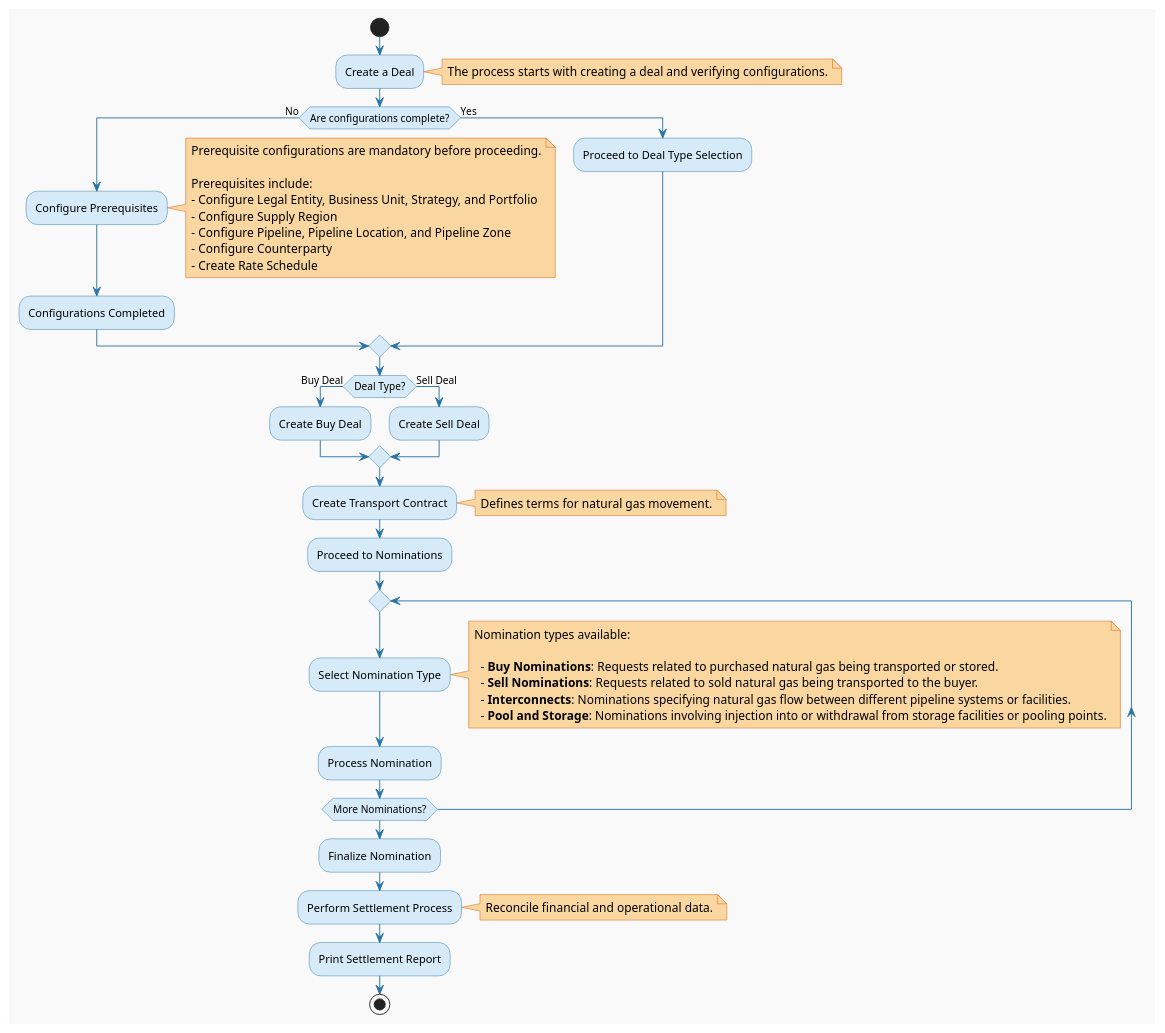
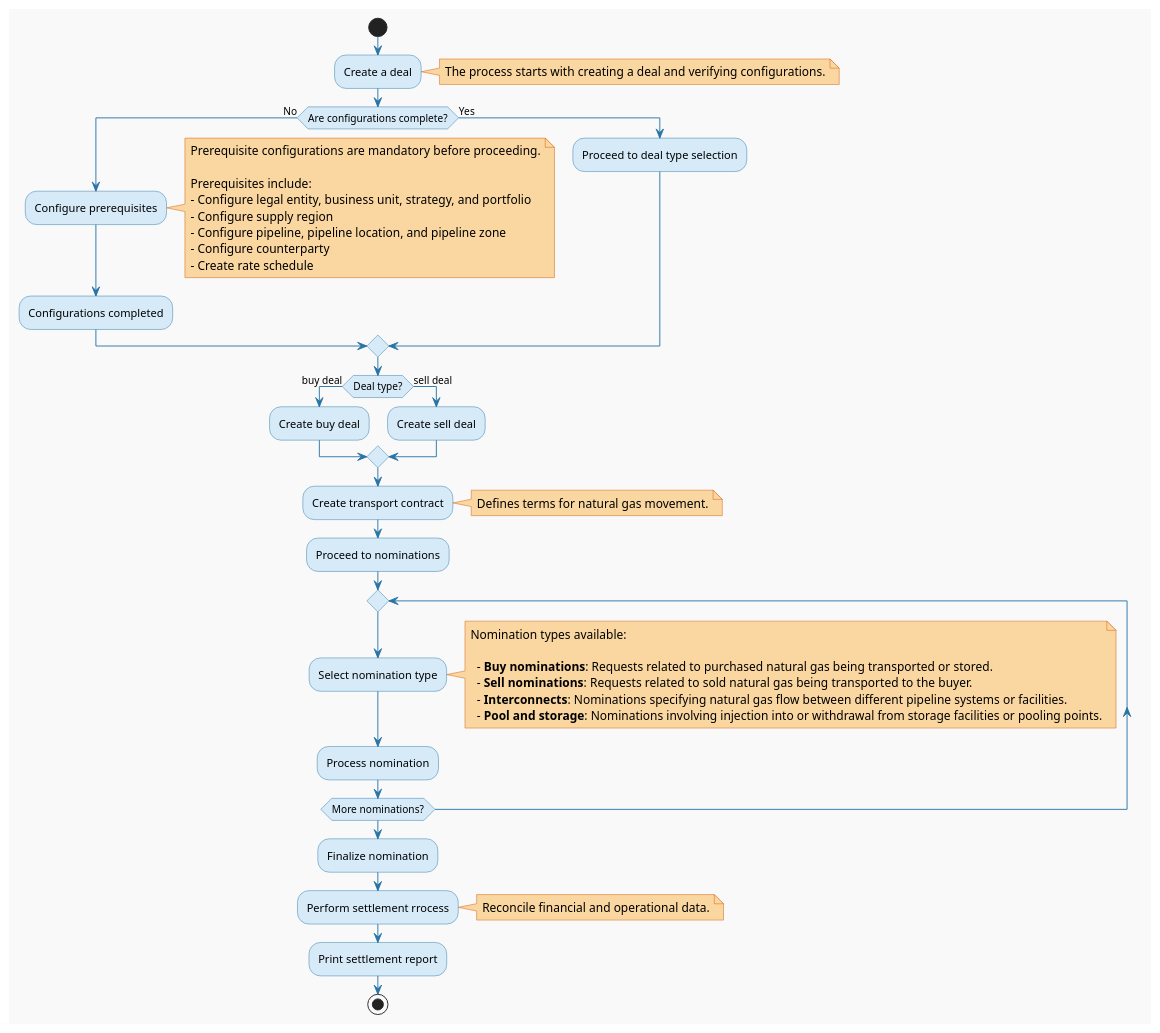
One commit to sarahjones123/nGenue_docs changed the diagram in docs/etrm/index.md. Above: the diagram before and after it, drawn with PlantUML. The commit also changed other lines of this file and 58 other files, not shown here.

````diff
--- a/docs/etrm/index.md
+++ b/docs/etrm/index.md
@@ -96,72 +96,72 @@
 ```puml
 
 @startuml
 
 skinparam backgroundColor #F9F9F9
 skinparam activityBackgroundColor #D6EAF8
 skinparam activityBorderColor #2874A6
 skinparam arrowColor #2874A6
 skinparam noteBackgroundColor #FAD7A0
 skinparam noteBorderColor #D35400
 
 start
 
-:Create a Deal;
+:Create a deal;
 note right
 The process starts with creating a deal and verifying configurations.
 end note
 
 if (Are configurations complete?) then (No)
-  :Configure Prerequisites;
+  :Configure prerequisites;
   note right
   Prerequisite configurations are mandatory before proceeding.
   
   Prerequisites include:
-  - Configure Legal Entity, Business Unit, Strategy, and Portfolio
-  - Configure Supply Region
-  - Configure Pipeline, Pipeline Location, and Pipeline Zone
-  - Configure Counterparty
-  - Create Rate Schedule
+  - Configure legal entity, business unit, strategy, and portfolio
+  - Configure supply region
+  - Configure pipeline, pipeline location, and pipeline zone
+  - Configure counterparty
+  - Create rate schedule
   end note
-  :Configurations Completed;
+  :Configurations completed;
 else (Yes)
-  :Proceed to Deal Type Selection;
+  :Proceed to deal type selection;
 endif
 
-if (Deal Type?) then (Buy Deal)
-  :Create Buy Deal;
-else (Sell Deal)
-  :Create Sell Deal;
+if (Deal type?) then (buy deal)
+  :Create buy deal;
+else (sell deal)
+  :Create sell deal;
 endif
 
-:Create Transport Contract;
+:Create transport contract;
 note right
 Defines terms for natural gas movement.
 end note
 
-:Proceed to Nominations;
+:Proceed to nominations;
   repeat
-  :Select Nomination Type;
+  :Select nomination type;
   note right
   Nomination types available:
   
-    - **Buy Nominations**: Requests related to purchased natural gas being transported or stored.
-    - **Sell Nominations**: Requests related to sold natural gas being transported to the buyer.
+    - **Buy nominations**: Requests related to purchased natural gas being transported or stored.
+    - **Sell nominations**: Requests related to sold natural gas being transported to the buyer.
     - **Interconnects**: Nominations specifying natural gas flow between different pipeline systems or facilities.
-    - **Pool and Storage**: Nominations involving injection into or withdrawal from storage facilities or pooling points.
+    - **Pool and storage**: Nominations involving injection into or withdrawal from storage facilities or pooling points.
   end note
-  :Process Nomination;
-  repeat while (More Nominations?)
+  :Process nomination;
+  repeat while (More nominations?)
 
-:Finalize Nomination;
+:Finalize nomination;
 
-:Perform Settlement Process;
+:Perform settlement rrocess;
 note right
 Reconcile financial and operational data.
 end note
 
-:Print Settlement Report;
+:Print settlement report;
 
 stop
 @enduml
 ```
````
